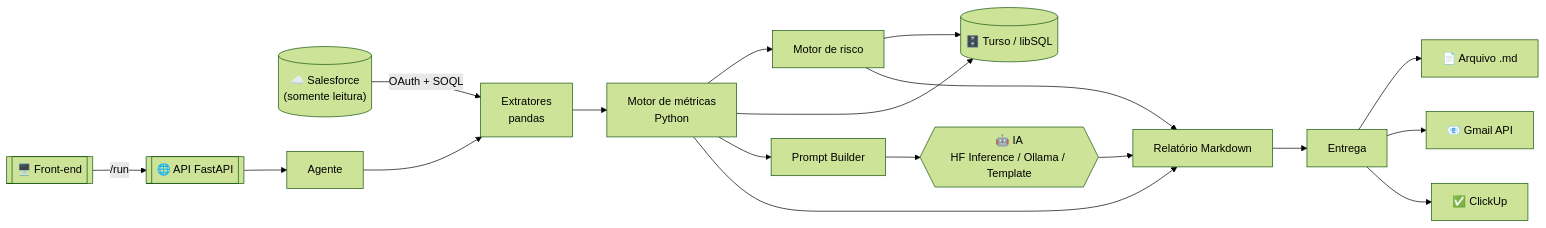
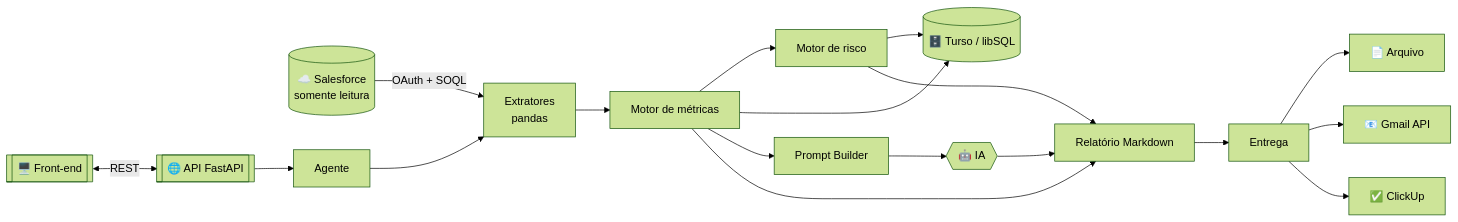
The first of 2 diagrams in README.md (ViniciusKanh/Analytical-SalesForce), drawn with Mermaid (forest theme) before and after one commit. The commit also changed other lines of this file and 3 other files, not shown here.

````diff
--- a/README.md
+++ b/README.md
@@ -89,20 +99,17 @@
 ```mermaid
 flowchart LR
-    SF[("☁️ Salesforce<br/>(somente leitura)")] -->|OAuth + SOQL| EX[Extratores<br/>pandas]
-    EX --> MET[Motor de métricas<br/>Python]
+    SF[("☁️ Salesforce<br/>somente leitura")] -->|OAuth + SOQL| EX[Extratores<br/>pandas]
+    EX --> MET[Motor de métricas]
     MET --> RISK[Motor de risco]
     MET --> TURSO[("🗄️ Turso / libSQL")]
     RISK --> TURSO
-    MET --> PB[Prompt Builder]
-    PB --> IA{{"🤖 IA<br/>HF Inference / Ollama / Template"}}
+    MET --> PB[Prompt Builder] --> IA{{"🤖 IA"}}
     IA --> REP[Relatório Markdown]
     MET --> REP
     RISK --> REP
     REP --> ENT[Entrega]
-    ENT --> FILE[📄 Arquivo .md]
+    ENT --> FILE[📄 Arquivo]
     ENT --> MAIL[📧 Gmail API]
     ENT --> CU[✅ ClickUp]
-    API[["🌐 API FastAPI"]] --> AG[Agente]
-    AG --> EX
-    FRONT[["🖥️ Front-end"]] -->|/run| API
+    FRONT[["🖥️ Front-end"]] <-->|REST| API[["🌐 API FastAPI"]] --> AG[Agente] --> EX
 ```
````
